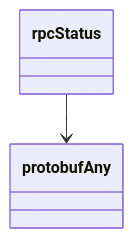
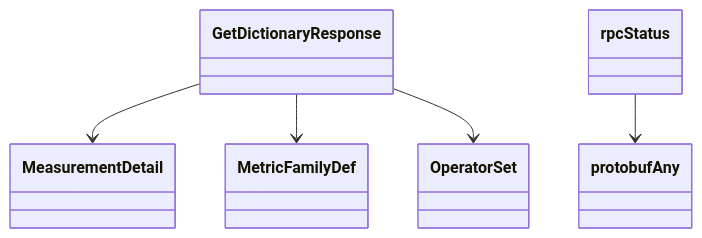
One commit to alexdearaujo/community_sdk_python changed the fourth of 4 diagrams in docs/sphinx/services/dictionary.md. Above: the diagram before and after it, drawn with Mermaid. The commit also changed other lines of this file and 38 other files, not shown here.

````diff
--- a/docs/sphinx/services/dictionary.md
+++ b/docs/sphinx/services/dictionary.md
@@ -101,6 +101,13 @@
 ```mermaid
 classDiagram
+    class GetDictionaryResponse
+    class MeasurementDetail
+    class MetricFamilyDef
+    class OperatorSet
     class protobufAny
     class rpcStatus
+    GetDictionaryResponse --> MeasurementDetail
+    GetDictionaryResponse --> MetricFamilyDef
+    GetDictionaryResponse --> OperatorSet
     rpcStatus --> protobufAny
 ```
````
